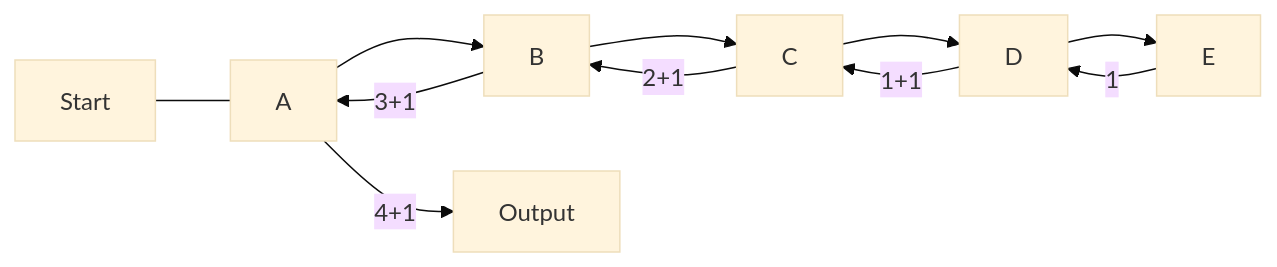
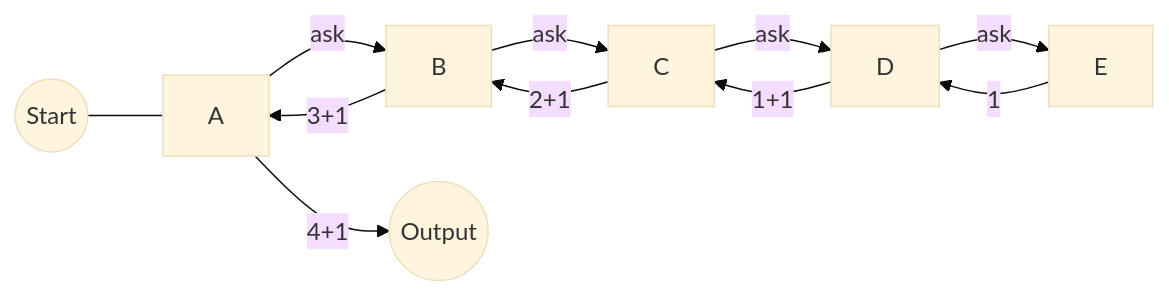
Before and after one commit to AdonNeet/campus_notebooks: the second of 2 diagrams in src/competitive-programming/recursion.md, drawn with Mermaid (base theme). The commit also changed other lines of this file, not shown here.

````diff
--- a/src/competitive-programming/recursion.md
+++ b/src/competitive-programming/recursion.md
@@ -29,5 +29,5 @@
 ```mermaid
 flowchart LR
-	Start --- A --> B --> C --> D --> E
-	E -- 1 --> D -- 1+1 --> C -- 2+1 --> B -- 3+1 --> A -- 4+1 --> Output
+	X((Start)) --- A -- ask --> B -- ask --> C -- ask --> D -- ask --> E
+	E -- 1 --> D -- 1+1 --> C -- 2+1 --> B -- 3+1 --> A -- 4+1 --> Y((Output))
 ```
````
